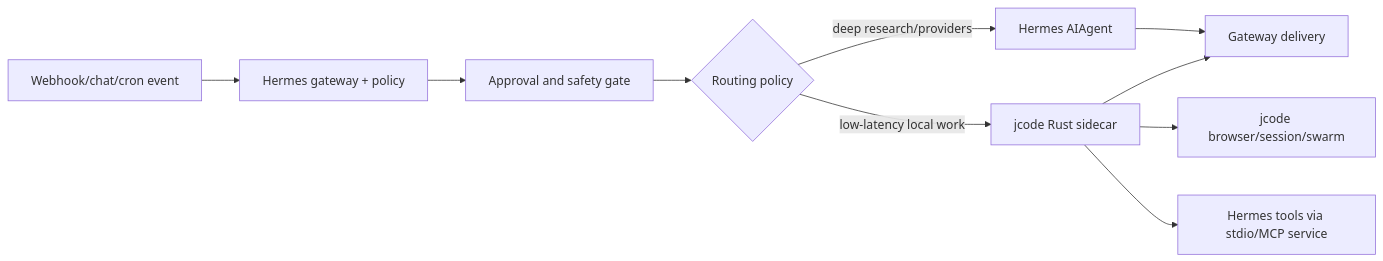
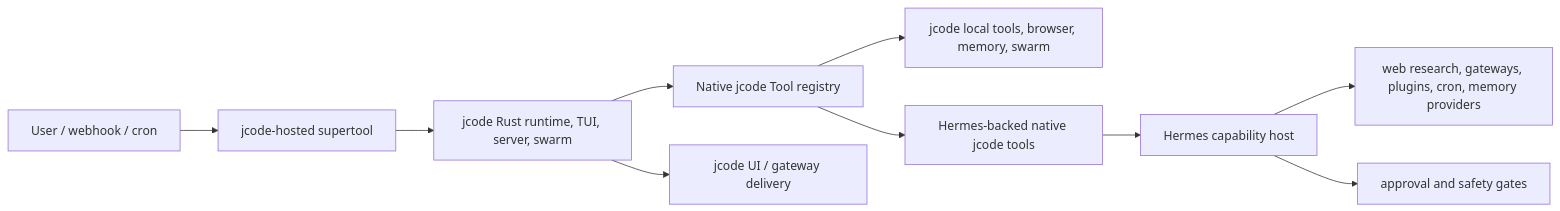
Before and after one commit to NousResearch/hermes-agent: the diagram in docs/plans/2026-05-23-hermes-jcode-mother-repo-blueprint.md, drawn with Mermaid. The commit also changed other lines of this file and 9 other files, not shown here.

Commit message:
Add jcode-native Hermes tool scaffold

````diff
--- a/docs/plans/2026-05-23-hermes-jcode-mother-repo-blueprint.md
+++ b/docs/plans/2026-05-23-hermes-jcode-mother-repo-blueprint.md
@@ -145,12 +155,12 @@
 ```mermaid
 flowchart LR
-    Webhook["Webhook/chat/cron event"] --> Hermes["Hermes gateway + policy"]
-    Hermes --> Safety["Approval and safety gate"]
-    Safety --> Route{"Routing policy"}
-    Route -->|deep research/providers| HermesAgent["Hermes AIAgent"]
-    Route -->|low-latency local work| Jcode["jcode Rust sidecar"]
-    Jcode --> Browser["jcode browser/session/swarm"]
-    Jcode --> HermesTools["Hermes tools via stdio/MCP service"]
-    HermesAgent --> Delivery["Gateway delivery"]
-    Jcode --> Delivery
+    User["User / webhook / cron"] --> Supertool["jcode-hosted supertool"]
+    Supertool --> JcodeRuntime["jcode Rust runtime, TUI, server, swarm"]
+    JcodeRuntime --> NativeTools["Native jcode Tool registry"]
+    NativeTools --> JcodeTools["jcode local tools, browser, memory, swarm"]
+    NativeTools --> HermesNative["Hermes-backed native jcode tools"]
+    HermesNative --> HermesHost["Hermes capability host"]
+    HermesHost --> Integrations["web research, gateways, plugins, cron, memory providers"]
+    HermesHost --> Policy["approval and safety gates"]
+    JcodeRuntime --> Delivery["jcode UI / gateway delivery"]
 ```
````
